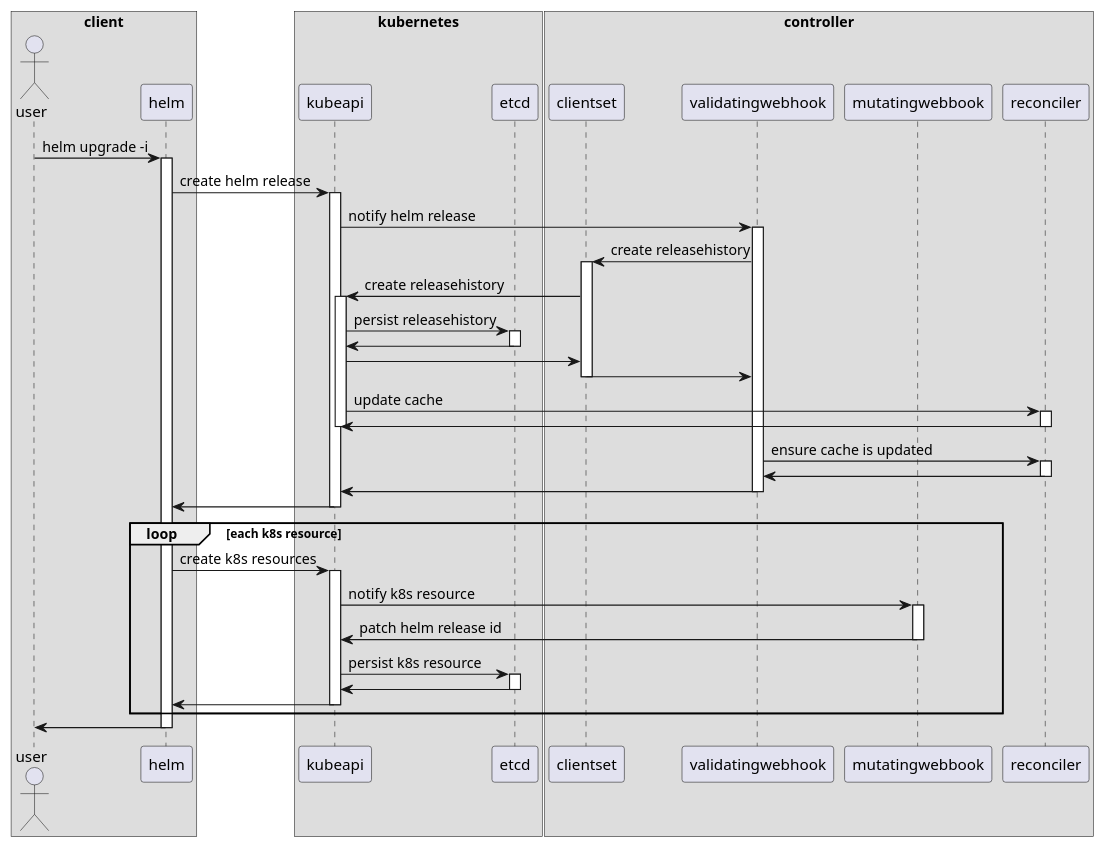
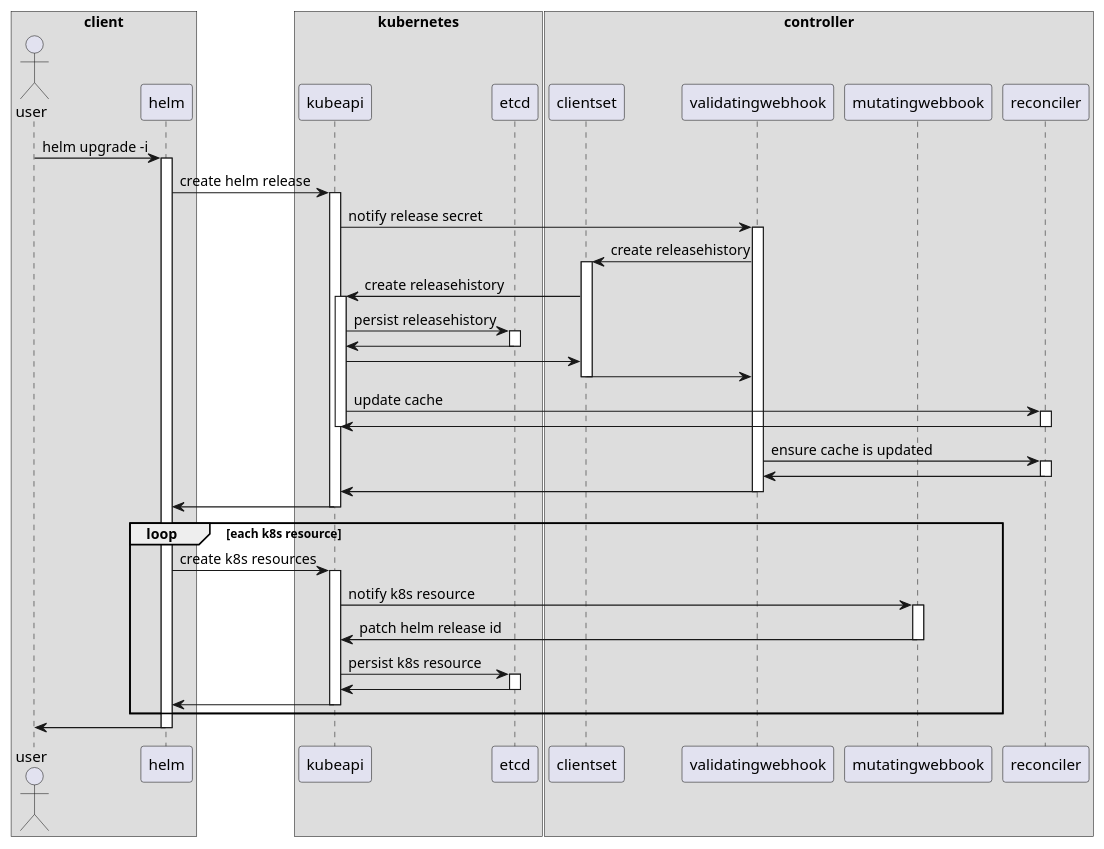
One commit to object88/tugboat changed the diagram in docs/workflow-create-launch.plantuml. Above: the diagram before and after it, drawn with PlantUML. The commit also changed 7 other files, not shown here.

```diff
--- a/docs/workflow-create-launch.plantuml
+++ b/docs/workflow-create-launch.plantuml
@@ -1,80 +1,80 @@
 @startuml Create launch
 
 box "client"
 actor user
 participant helm
 end box
 box "kubernetes"
 participant kubeapi
 participant etcd
 end box
 box "controller"
 participant clientset
 participant validatingwebhook
 participant mutatingwebbook
 participant reconciler
 end box
 
 user -> helm : helm upgrade -i
 activate helm
 
 helm -> kubeapi : create helm release
 activate kubeapi
 
-kubeapi -> validatingwebhook : notify helm release
+kubeapi -> validatingwebhook : notify release secret
 activate validatingwebhook
 
 validatingwebhook -> clientset : create releasehistory
 activate clientset
 clientset -> kubeapi : create releasehistory
 activate kubeapi
 
 kubeapi -> etcd : persist releasehistory
 activate etcd
 etcd -> kubeapi
 deactivate etcd
 
 kubeapi -> clientset
 
 clientset -> validatingwebhook
 deactivate clientset
 
 kubeapi -> reconciler : update cache
 activate reconciler
 reconciler -> kubeapi
 deactivate reconciler
 deactivate kubeapi
 
 validatingwebhook -> reconciler : ensure cache is updated
 activate reconciler
 reconciler -> validatingwebhook
 deactivate reconciler
 
 validatingwebhook -> kubeapi
 deactivate validatingwebhook
 
 kubeapi -> helm
 deactivate kubeapi
 
 loop each k8s resource
 helm -> kubeapi : create k8s resources
 activate kubeapi
 
 kubeapi -> mutatingwebbook : notify k8s resource
 activate mutatingwebbook
 mutatingwebbook -> kubeapi : patch helm release id
 deactivate mutatingwebbook
 
 kubeapi -> etcd : persist k8s resource
 activate etcd
 etcd -> kubeapi
 deactivate etcd
 
 kubeapi -> helm
 deactivate kubeapi
 end
 
 helm -> user
 deactivate helm
 
 @enduml
```
